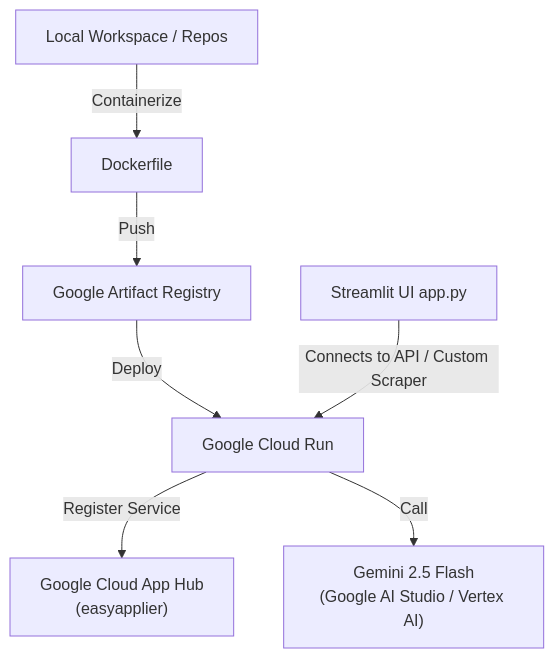
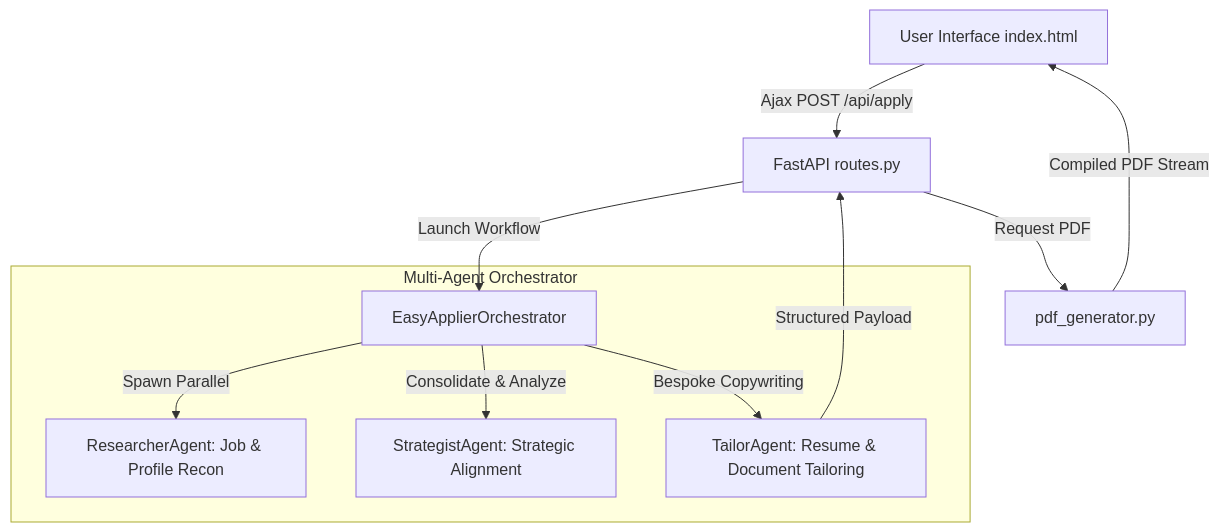
One commit to whatsgooglyKP/working-submission-July-Hackathon1 changed the diagram in README.md. Above: the diagram before and after it, drawn with Mermaid. The commit also changed other lines of this file and 6 other files, not shown here.

````diff
--- a/README.md
+++ b/README.md
@@ -15,9 +19,15 @@
 ```mermaid
 graph TD
-    Local[Local Workspace / Repos] -->|Containerize| Docker[Dockerfile]
-    Docker -->|Push| GCR[Google Artifact Registry]
-    GCR -->|Deploy| Run[Google Cloud Run]
-    Run -->|Register Service| AppHub["Google Cloud App Hub\n(easyapplier)"]
-    Run -->|Call| Gemini["Gemini 2.5 Flash\n(Google AI Studio / Vertex AI)"]
-    Streamlit[Streamlit UI app.py] -->|Connects to API / Custom Scraper| Run
+    User[User Interface index.html] -->|Ajax POST /api/apply| API[FastAPI routes.py]
+    API -->|Launch Workflow| Orch[EasyApplierOrchestrator]
+    
+    subgraph Multi-Agent Orchestrator
+        Orch -->|Spawn Parallel| Agent1[ResearcherAgent: Job & Profile Recon]
+        Orch -->|Consolidate & Analyze| Agent2[StrategistAgent: Strategic Alignment]
+        Orch -->|Bespoke Copywriting| Agent3[TailorAgent: Resume & Document Tailoring]
+    end
+    
+    Agent3 -->|Structured Payload| API
+    API -->|Request PDF| Gen[pdf_generator.py]
+    Gen -->|Compiled PDF Stream| User
 ```
````
